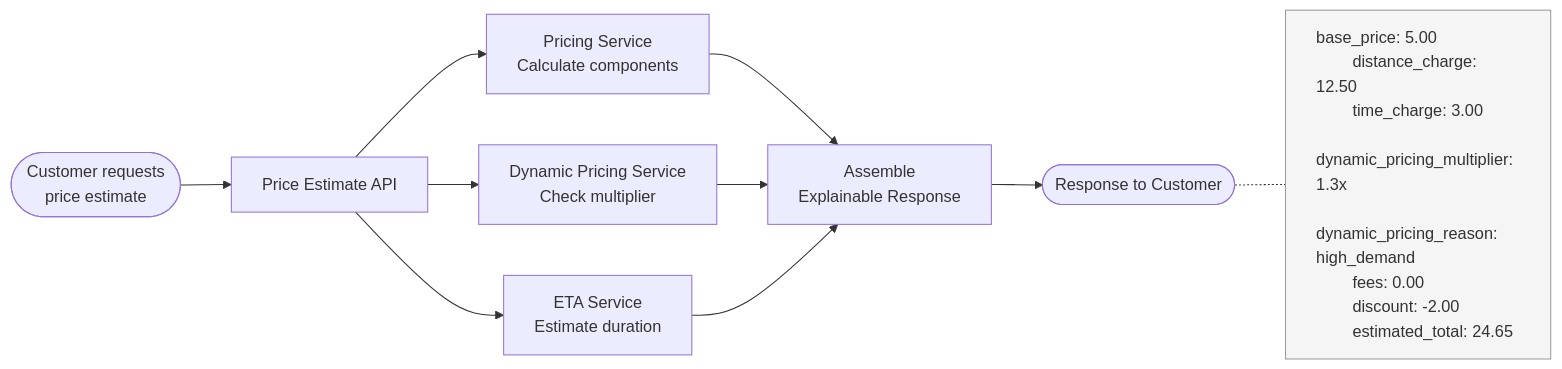
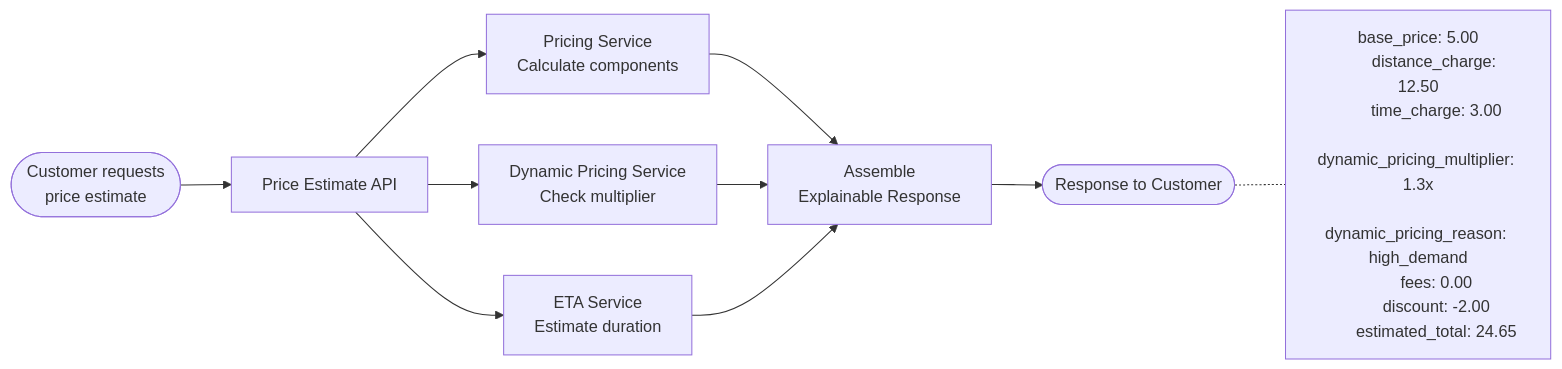
One commit to rishikeshdhokare/platform-manifesto changed the second of 4 diagrams in 10-ai-ml-platform/02-ai-governance.md. Above: the diagram before and after it, drawn with Mermaid. The commit also changed other lines of this file and 14 other files, not shown here.

First line of the commit message:
fix: remove mermaid style directives (119 lines across 15 files)

````diff
--- a/10-ai-ml-platform/02-ai-governance.md
+++ b/10-ai-ml-platform/02-ai-governance.md
@@ -92,27 +89,26 @@
 ```mermaid
 flowchart LR
     Customer([Customer requests<br/>price estimate]) --> PriceAPI[Price Estimate API]
 
     PriceAPI --> Pricing[Pricing Service<br/>Calculate components]
     PriceAPI --> DynPricing[Dynamic Pricing Service<br/>Check multiplier]
     PriceAPI --> ETA[ETA Service<br/>Estimate duration]
 
     Pricing --> Assemble[Assemble<br/>Explainable Response]
     DynPricing --> Assemble
     ETA --> Assemble
 
     Assemble --> Response([Response to Customer])
 
     Response -.- Breakdown["
         base_price: 5.00
         distance_charge: 12.50
         time_charge: 3.00
         dynamic_pricing_multiplier: 1.3x
         dynamic_pricing_reason: high_demand
         fees: 0.00
         discount: -2.00
         estimated_total: 24.65
     "]
 
-    style Breakdown fill:#f5f5f5,stroke:#999,text-align:left
 ```
````
